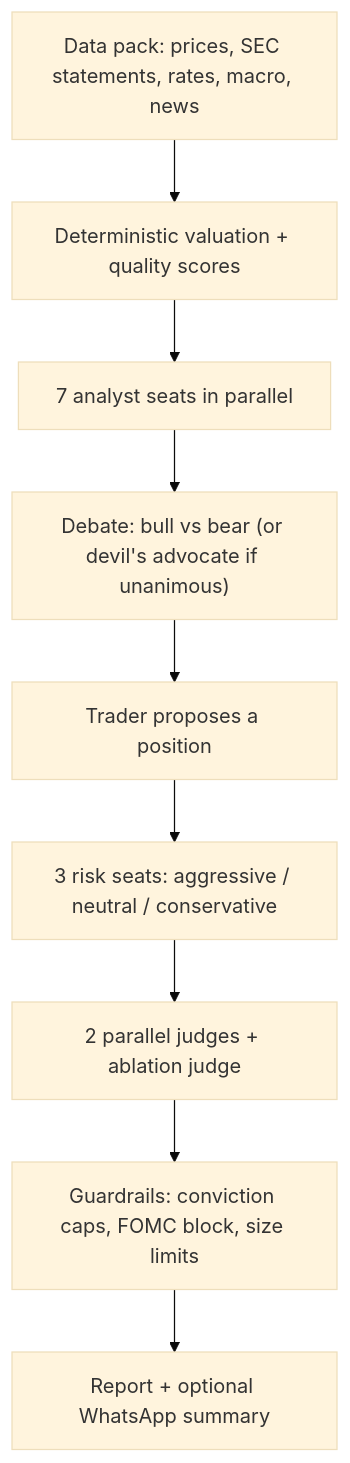
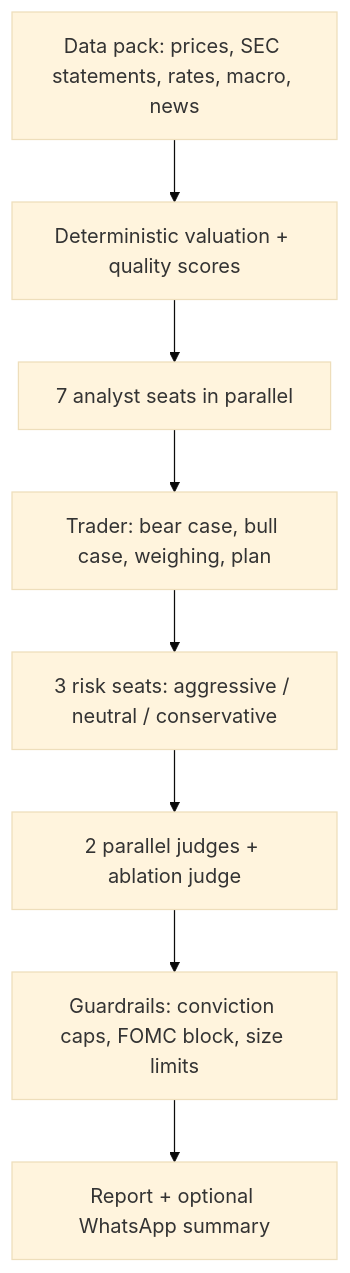
The diagram in README.md (tiffanychum/financial-analysis-agent), drawn with Mermaid (base theme) before and after one commit. The commit also changed other lines of this file and 5 other files, not shown here.

First line of the commit message:
Fold bull/bear debate into the trader; share analyst votes with risk seats and judges

````diff
--- a/README.md
+++ b/README.md
@@ -13,11 +13,10 @@
 ```mermaid
 flowchart TD
   P["Data pack: prices, SEC statements, rates, macro, news"] --> V["Deterministic valuation + quality scores"]
   V --> A["7 analyst seats in parallel"]
-  A --> D["Debate: bull vs bear (or devil's advocate if unanimous)"]
-  D --> T["Trader proposes a position"]
+  A --> T["Trader: bear case, bull case, weighing, plan"]
   T --> R["3 risk seats: aggressive / neutral / conservative"]
   R --> J["2 parallel judges + ablation judge"]
   J --> G["Guardrails: conviction caps, FOMC block, size limits"]
   G --> O["Report + optional WhatsApp summary"]
 ```
````
